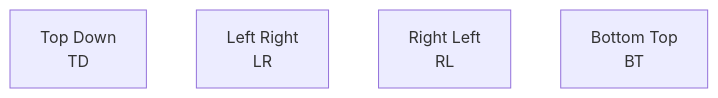
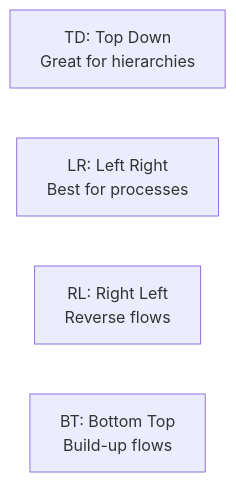
Before and after one commit to WISeAgent/blogs: the fourth of 14 diagrams in docs/TechSavvy/mermaid-language-guide.md, drawn with Mermaid. The commit also changed other lines of this file and 8 other files, not shown here.

Commit message:
enable mermaid support

````diff
--- a/docs/TechSavvy/mermaid-language-guide.md
+++ b/docs/TechSavvy/mermaid-language-guide.md
@@ -47,7 +79,7 @@
 ```mermaid
-graph TD
-    A[Top Down<br/>TD] 
-    B[Left Right<br/>LR]
-    C[Right Left<br/>RL] 
-    D[Bottom Top<br/>BT]
+flowchart LR
+    A[TD: Top Down<br/>Great for hierarchies] 
+    B[LR: Left Right<br/>Best for processes]
+    C[RL: Right Left<br/>Reverse flows] 
+    D[BT: Bottom Top<br/>Build-up flows]
 ```
````
